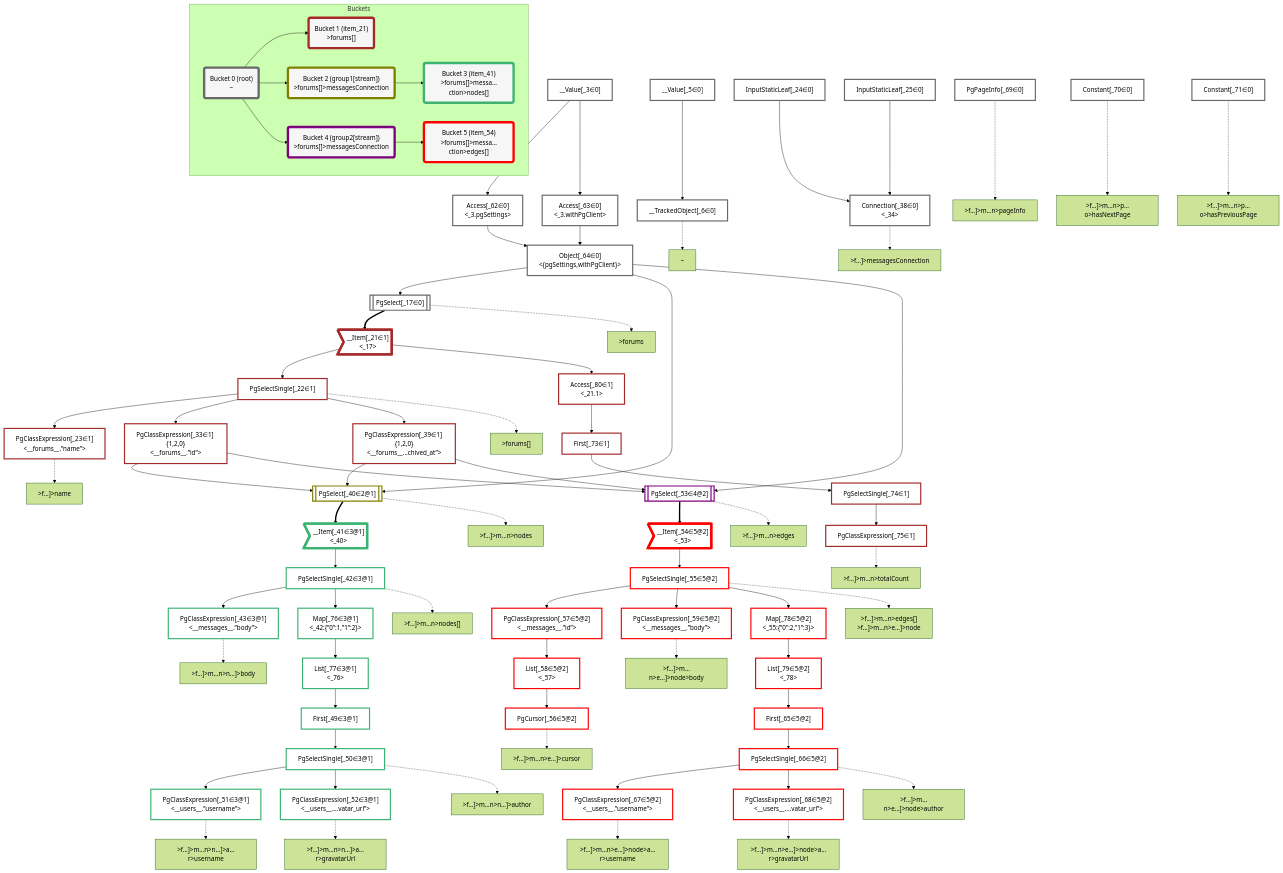
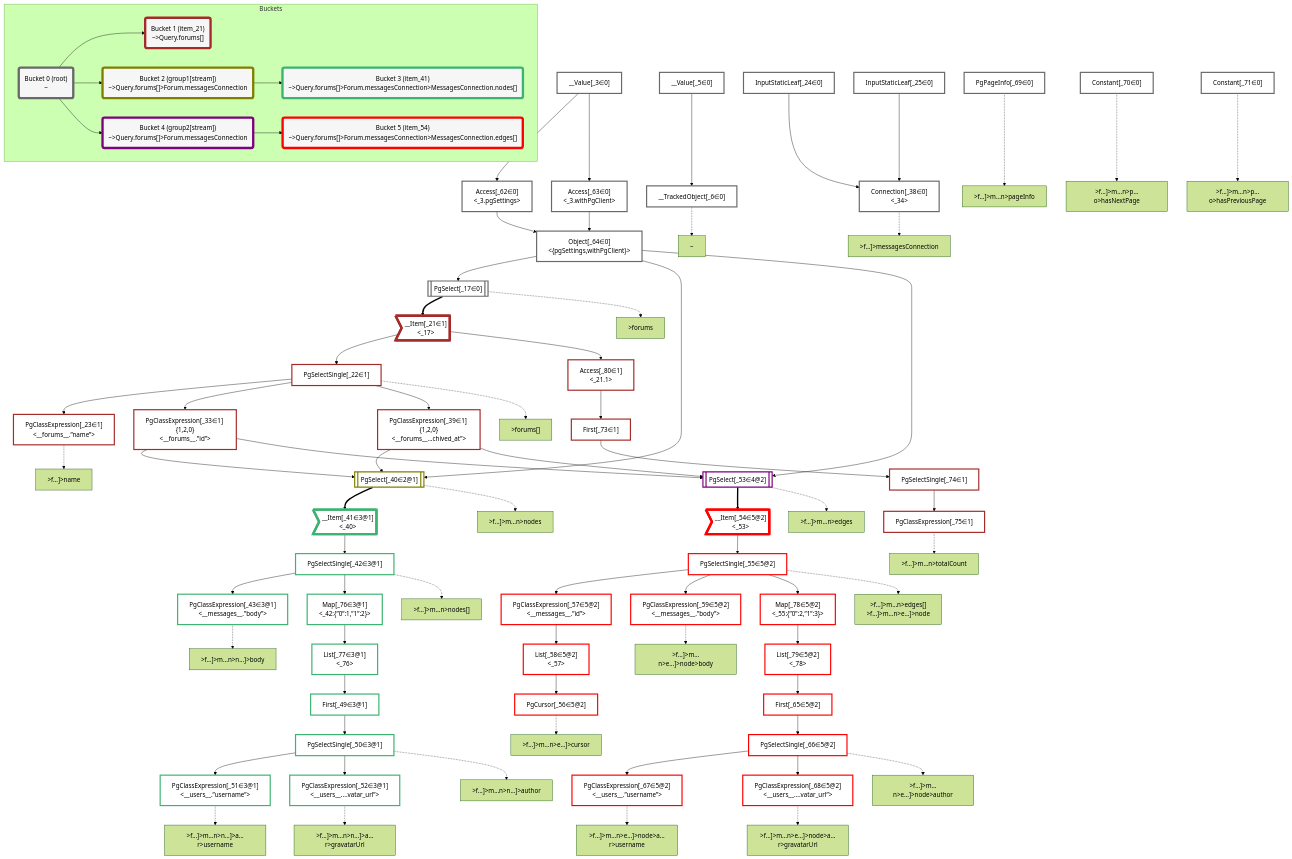
The diagram in packages/dataplan-pg/__tests__/queries/conditions/archived-forum-inherited-messages.stream-2.mermaid.md (graphile/crystal), drawn with Mermaid (forest theme) before and after one commit. The commit also changed 141 other files, not shown here.

```diff
--- a/packages/dataplan-pg/__tests__/queries/conditions/archived-forum-inherited-messages.stream-2.mermaid.md
+++ b/packages/dataplan-pg/__tests__/queries/conditions/archived-forum-inherited-messages.stream-2.mermaid.md
@@ -163,19 +163,19 @@
     subgraph Buckets
     Bucket0("Bucket 0 (root)<br />~"):::bucket
     style Bucket0 stroke:#696969
-    Bucket1("Bucket 1 (item_21)<br />>forums[]"):::bucket
+    Bucket1("Bucket 1 (item_21)<br />~>Query.forums[]"):::bucket
     style Bucket1 stroke:#a52a2a
     Bucket0 --> Bucket1
-    Bucket2("Bucket 2 (group1[stream])<br />>forums[]>messagesConnection"):::bucket
+    Bucket2("Bucket 2 (group1[stream])<br />~>Query.forums[]>Forum.messagesConnection"):::bucket
     style Bucket2 stroke:#808000
     Bucket0 --> Bucket2
-    Bucket3("Bucket 3 (item_41)<br />>forums[]>messa…ction>nodes[]"):::bucket
+    Bucket3("Bucket 3 (item_41)<br />~>Query.forums[]>Forum.messagesConnection>MessagesConnection.nodes[]"):::bucket
     style Bucket3 stroke:#3cb371
     Bucket2 --> Bucket3
-    Bucket4("Bucket 4 (group2[stream])<br />>forums[]>messagesConnection"):::bucket
+    Bucket4("Bucket 4 (group2[stream])<br />~>Query.forums[]>Forum.messagesConnection"):::bucket
     style Bucket4 stroke:#7f007f
     Bucket0 --> Bucket4
-    Bucket5("Bucket 5 (item_54)<br />>forums[]>messa…ction>edges[]"):::bucket
+    Bucket5("Bucket 5 (item_54)<br />~>Query.forums[]>Forum.messagesConnection>MessagesConnection.edges[]"):::bucket
     style Bucket5 stroke:#ff0000
     Bucket4 --> Bucket5
     end
```
